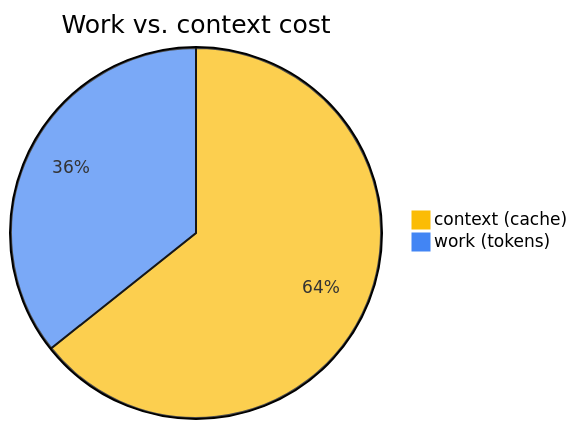
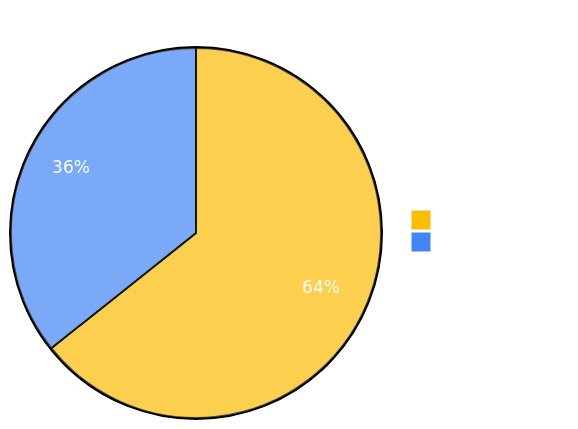
Before and after one commit to kstencell/fretflow: the second of 2 diagrams in docs/ai-usage.md, drawn with Mermaid. The commit also changed other lines of this file, not shown here.

Commit message:
change colours again

````diff
--- a/docs/ai-usage.md
+++ b/docs/ai-usage.md
@@ -74,6 +74,6 @@
 ```mermaid
-%%{init: {'theme': 'default', 'themeVariables': {'pie1': '#FBBC05', 'pie2': '#4285F4'}}}%%
+%%{init: {'theme': 'default', 'themeVariables': {'pie1': '#FBBC05', 'pie2': '#4285F4', 'pieTitleTextColor': '#ffffff', 'pieSectionTextColor': '#ffffff', 'pieLegendTextColor': '#ffffff'}}}%%
 pie title Work vs. context cost
     "context (cache)" : 51.38
     "work (tokens)" : 28.53
 ```
````
